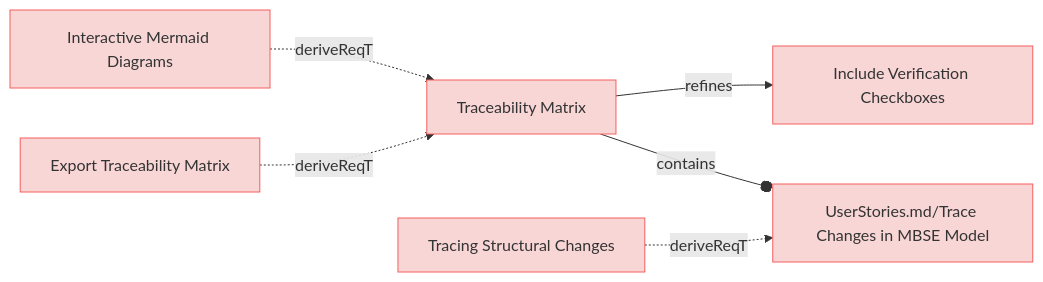
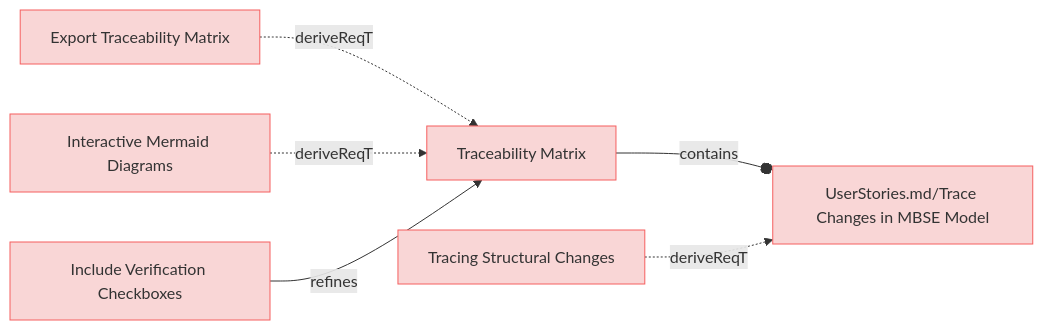
One commit to reqvire-org/reqvire changed the sixth of 9 diagrams in specifications/UserRequirements.md. Above: the diagram before and after it, drawn with Mermaid. The commit also changed other lines of this file and 22 other files, not shown here.

````diff
--- a/specifications/UserRequirements.md
+++ b/specifications/UserRequirements.md
@@ -448,32 +448,32 @@
 ```mermaid
 graph LR;
   %% Graph styling
   classDef requirement fill:#f9d6d6,stroke:#f55f5f,stroke-width:1px;
   classDef verification fill:#d6f9d6,stroke:#5fd75f,stroke-width:1px;
   classDef externalLink fill:#d0e0ff,stroke:#3080ff,stroke-width:1px;
   classDef default fill:#f5f5f5,stroke:#333333,stroke-width:1px;
 
-  4bedae4112e254b["Include Verification Checkboxes"];
-  click 4bedae4112e254b "https://github.com/Reqvire/reqvire/blob/667635d4628fed400323f7df3689af2dbc2ad666/specifications/UserRequirements.md#include-verification-checkboxes";
-  class 4bedae4112e254b requirement;
+  92ab92840dee10a5["Export Traceability Matrix"];
+  click 92ab92840dee10a5 "https://github.com/Reqvire/reqvire/blob/ad88ba6b828e94c93382866fefd058c011c1ac60/specifications/UserRequirements.md#export-traceability-matrix";
+  class 92ab92840dee10a5 requirement;
   c5b8a7944b6943e2["Traceability Matrix"];
   class c5b8a7944b6943e2 requirement;
-  click c5b8a7944b6943e2 "https://github.com/Reqvire/reqvire/blob/667635d4628fed400323f7df3689af2dbc2ad666/specifications/UserRequirements.md#traceability-matrix";
-  c5b8a7944b6943e2 -->|refines| 4bedae4112e254b;
+  click c5b8a7944b6943e2 "https://github.com/Reqvire/reqvire/blob/ad88ba6b828e94c93382866fefd058c011c1ac60/specifications/UserRequirements.md#traceability-matrix";
+  92ab92840dee10a5 -.->|deriveReqT| c5b8a7944b6943e2;
   b8997351b6f34048["Interactive Mermaid Diagrams"];
-  click b8997351b6f34048 "https://github.com/Reqvire/reqvire/blob/667635d4628fed400323f7df3689af2dbc2ad666/specifications/UserRequirements.md#interactive-mermaid-diagrams";
+  click b8997351b6f34048 "https://github.com/Reqvire/reqvire/blob/ad88ba6b828e94c93382866fefd058c011c1ac60/specifications/UserRequirements.md#interactive-mermaid-diagrams";
   class b8997351b6f34048 requirement;
   b8997351b6f34048 -.->|deriveReqT| c5b8a7944b6943e2;
-  9b9c33c7182d6eeb["Tracing Structural Changes"];
-  click 9b9c33c7182d6eeb "https://github.com/Reqvire/reqvire/blob/667635d4628fed400323f7df3689af2dbc2ad666/specifications/UserRequirements.md#tracing-structural-changes";
-  class 9b9c33c7182d6eeb requirement;
   2591b90e1fb90daa["UserStories.md/Trace Changes in MBSE Model"];
   class 2591b90e1fb90daa requirement;
-  click 2591b90e1fb90daa "https://github.com/Reqvire/reqvire/blob/667635d4628fed400323f7df3689af2dbc2ad666/specifications/UserStories.md#trace-changes-in-mbse-model";
+  click 2591b90e1fb90daa "https://github.com/Reqvire/reqvire/blob/ad88ba6b828e94c93382866fefd058c011c1ac60/specifications/UserStories.md#trace-changes-in-mbse-model";
+  c5b8a7944b6943e2 --o|contains| 2591b90e1fb90daa;
+  4bedae4112e254b["Include Verification Checkboxes"];
+  click 4bedae4112e254b "https://github.com/Reqvire/reqvire/blob/ad88ba6b828e94c93382866fefd058c011c1ac60/specifications/UserRequirements.md#include-verification-checkboxes";
+  class 4bedae4112e254b requirement;
+  4bedae4112e254b -->|refines| c5b8a7944b6943e2;
+  9b9c33c7182d6eeb["Tracing Structural Changes"];
+  click 9b9c33c7182d6eeb "https://github.com/Reqvire/reqvire/blob/ad88ba6b828e94c93382866fefd058c011c1ac60/specifications/UserRequirements.md#tracing-structural-changes";
+  class 9b9c33c7182d6eeb requirement;
   9b9c33c7182d6eeb -.->|deriveReqT| 2591b90e1fb90daa;
-  c5b8a7944b6943e2 --o|contains| 2591b90e1fb90daa;
-  92ab92840dee10a5["Export Traceability Matrix"];
-  click 92ab92840dee10a5 "https://github.com/Reqvire/reqvire/blob/667635d4628fed400323f7df3689af2dbc2ad666/specifications/UserRequirements.md#export-traceability-matrix";
-  class 92ab92840dee10a5 requirement;
-  92ab92840dee10a5 -.->|deriveReqT| c5b8a7944b6943e2;
 ```
````
